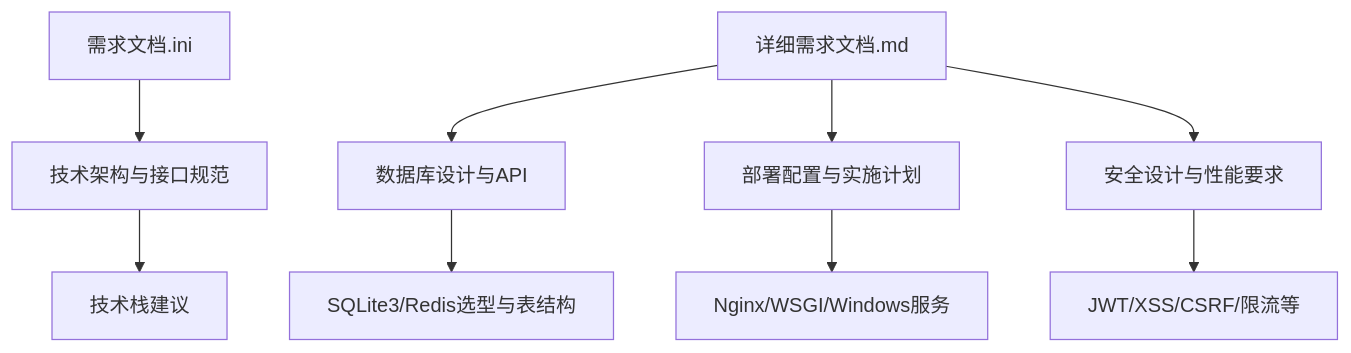
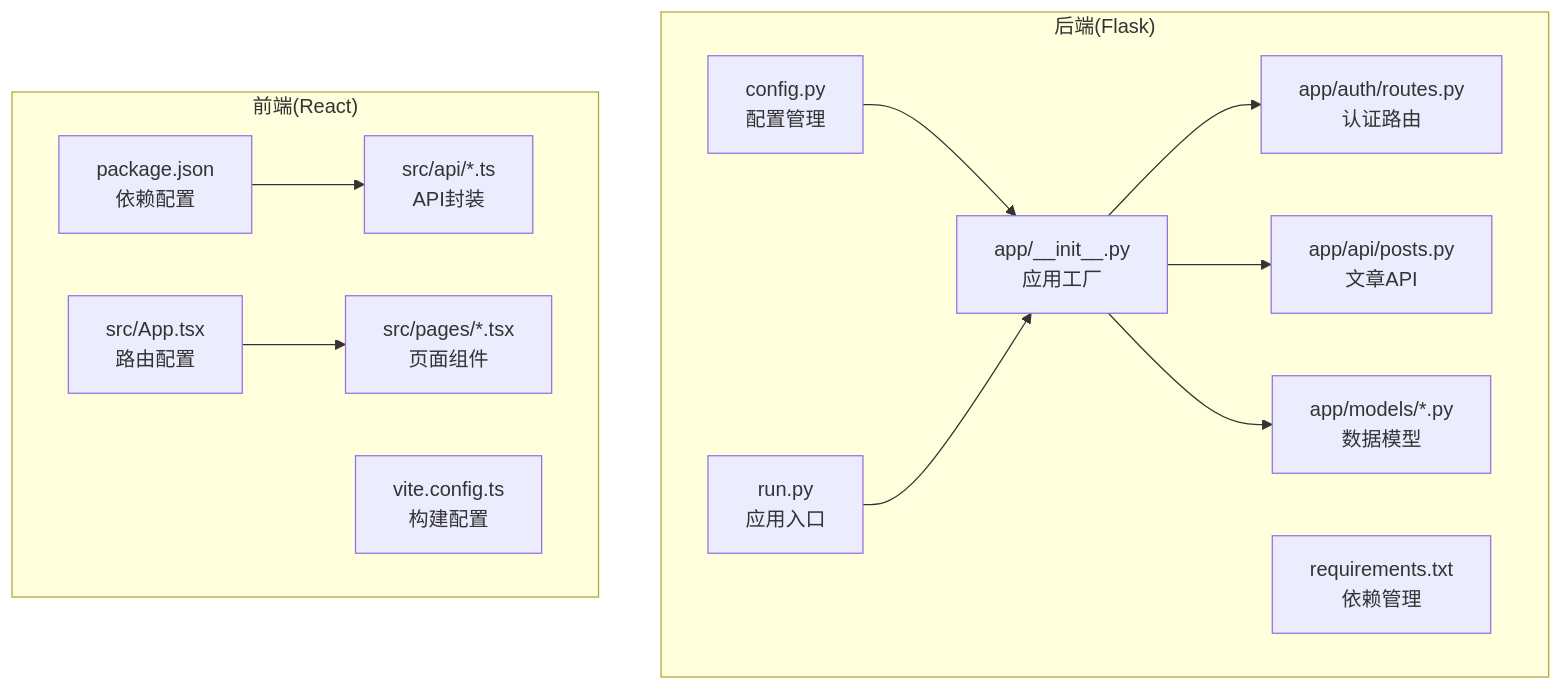
The first of 6 diagrams in .qoder/repowiki/zh/content/需求规格说明/技术需求.md (wyg5208/website_diy), drawn with Mermaid before and after one commit. The commit also changed other lines of this file and 43 other files, not shown here.

````diff
--- a/.qoder/repowiki/zh/content/需求规格说明/技术需求.md
+++ b/.qoder/repowiki/zh/content/需求规格说明/技术需求.md
@@ -29,11 +47,26 @@
 ```mermaid
 graph TB
-A["需求文档.ini"] --> B["技术架构与接口规范"]
-C["详细需求文档.md"] --> D["数据库设计与API"]
-C --> E["部署配置与实施计划"]
-C --> F["安全设计与性能要求"]
-B --> G["技术栈建议"]
-D --> H["SQLite3/Redis选型与表结构"]
-E --> I["Nginx/WSGI/Windows服务"]
-F --> J["JWT/XSS/CSRF/限流等"]
+subgraph "后端(Flask)"
+A["config.py<br/>配置管理"]
+B["run.py<br/>应用入口"]
+C["app/__init__.py<br/>应用工厂"]
+D["app/auth/routes.py<br/>认证路由"]
+E["app/api/posts.py<br/>文章API"]
+F["app/models/*.py<br/>数据模型"]
+G["requirements.txt<br/>依赖管理"]
+end
+subgraph "前端(React)"
+H["package.json<br/>依赖配置"]
+I["src/App.tsx<br/>路由配置"]
+J["src/api/*.ts<br/>API封装"]
+K["src/pages/*.tsx<br/>页面组件"]
+L["vite.config.ts<br/>构建配置"]
+end
+A --> C
+B --> C
+C --> D
+C --> E
+C --> F
+H --> J
+I --> K
 ```
````
